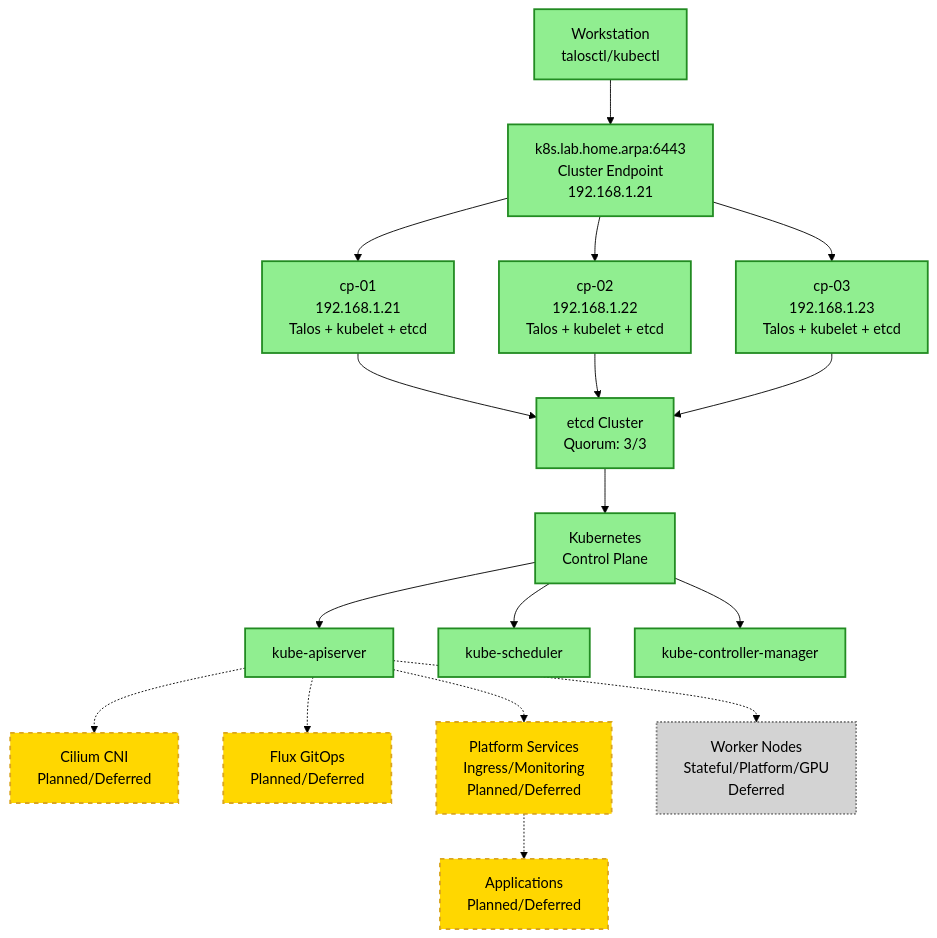
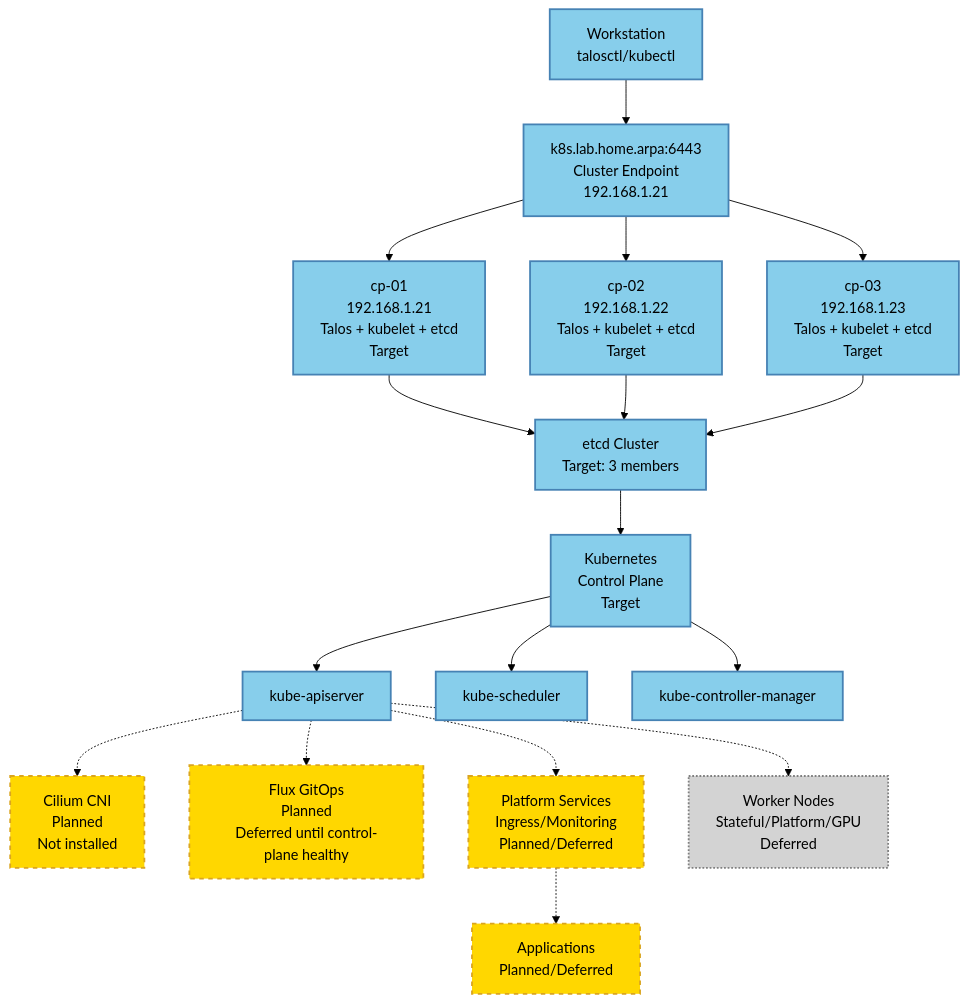
The diagram in diagrams/logical-cluster-topology.md (Okja-Engineering/home-lab), drawn with Mermaid (forest theme) before and after one commit. The commit also changed other lines of this file and 1 other file, not shown here.

Commit message:
docs(diagrams): clarify current and deferred topology

````diff
--- a/diagrams/logical-cluster-topology.md
+++ b/diagrams/logical-cluster-topology.md
@@ -11,43 +11,43 @@
 ```mermaid
 graph TB
     Workstation[Workstation<br/>talosctl/kubectl]
     Endpoint[k8s.lab.home.arpa:6443<br/>Cluster Endpoint<br/>192.168.1.21]
-    cp01[cp-01<br/>192.168.1.21<br/>Talos + kubelet + etcd]
-    cp02[cp-02<br/>192.168.1.22<br/>Talos + kubelet + etcd]
-    cp03[cp-03<br/>192.168.1.23<br/>Talos + kubelet + etcd]
-    etcd[etcd Cluster<br/>Quorum: 3/3]
-    k8s[Kubernetes<br/>Control Plane]
+    cp01[cp-01<br/>192.168.1.21<br/>Talos + kubelet + etcd<br/>Target]
+    cp02[cp-02<br/>192.168.1.22<br/>Talos + kubelet + etcd<br/>Target]
+    cp03[cp-03<br/>192.168.1.23<br/>Talos + kubelet + etcd<br/>Target]
+    etcd[etcd Cluster<br/>Target: 3 members]
+    k8s[Kubernetes<br/>Control Plane<br/>Target]
     apiserver[kube-apiserver]
     scheduler[kube-scheduler]
     controller[kube-controller-manager]
-    Cilium[Cilium CNI<br/>Planned/Deferred]
-    Flux[Flux GitOps<br/>Planned/Deferred]
+    Cilium[Cilium CNI<br/>Planned<br/>Not installed]
+    Flux[Flux GitOps<br/>Planned<br/>Deferred until control-plane healthy]
     Platform[Platform Services<br/>Ingress/Monitoring<br/>Planned/Deferred]
     Apps[Applications<br/>Planned/Deferred]
     Workers[Worker Nodes<br/>Stateful/Platform/GPU<br/>Deferred]
 
     Workstation --> Endpoint
     Endpoint --> cp01
     Endpoint --> cp02
     Endpoint --> cp03
     cp01 --> etcd
     cp02 --> etcd
     cp03 --> etcd
     etcd --> k8s
     k8s --> apiserver
     k8s --> scheduler
     k8s --> controller
     apiserver -.-> Cilium
     apiserver -.-> Flux
     apiserver -.-> Platform
     Platform -.-> Apps
     apiserver -.-> Workers
 
-    classDef current fill:#90EE90,stroke:#228B22,stroke-width:2px
+    classDef target fill:#87CEEB,stroke:#4682B4,stroke-width:2px
     classDef planned fill:#FFD700,stroke:#DAA520,stroke-width:2px,stroke-dasharray: 5 5
     classDef future fill:#D3D3D3,stroke:#808080,stroke-width:2px,stroke-dasharray: 2 2
 
-    class Workstation,Endpoint,cp01,cp02,cp03,etcd,k8s,apiserver,scheduler,controller current
+    class Workstation,Endpoint,cp01,cp02,cp03,etcd,k8s,apiserver,scheduler,controller target
     class Cilium,Flux,Platform,Apps planned
     class Workers future
 ```
````
